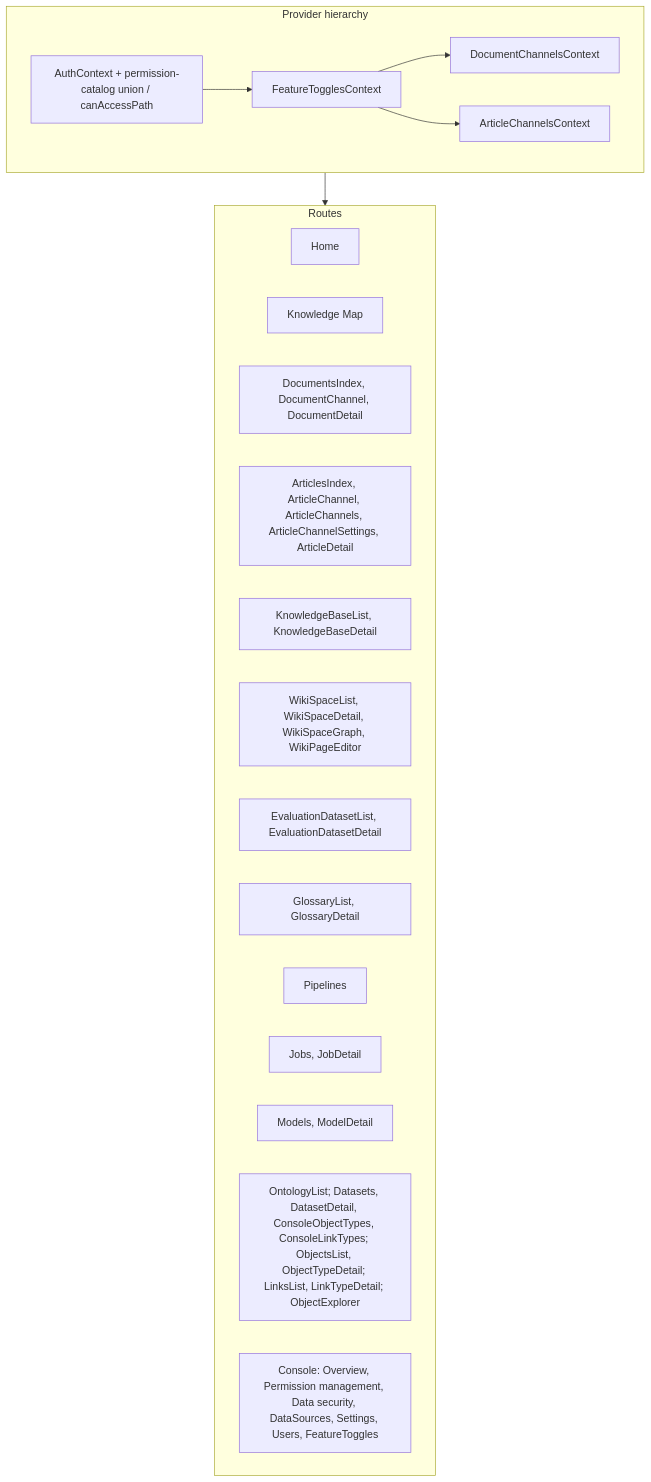
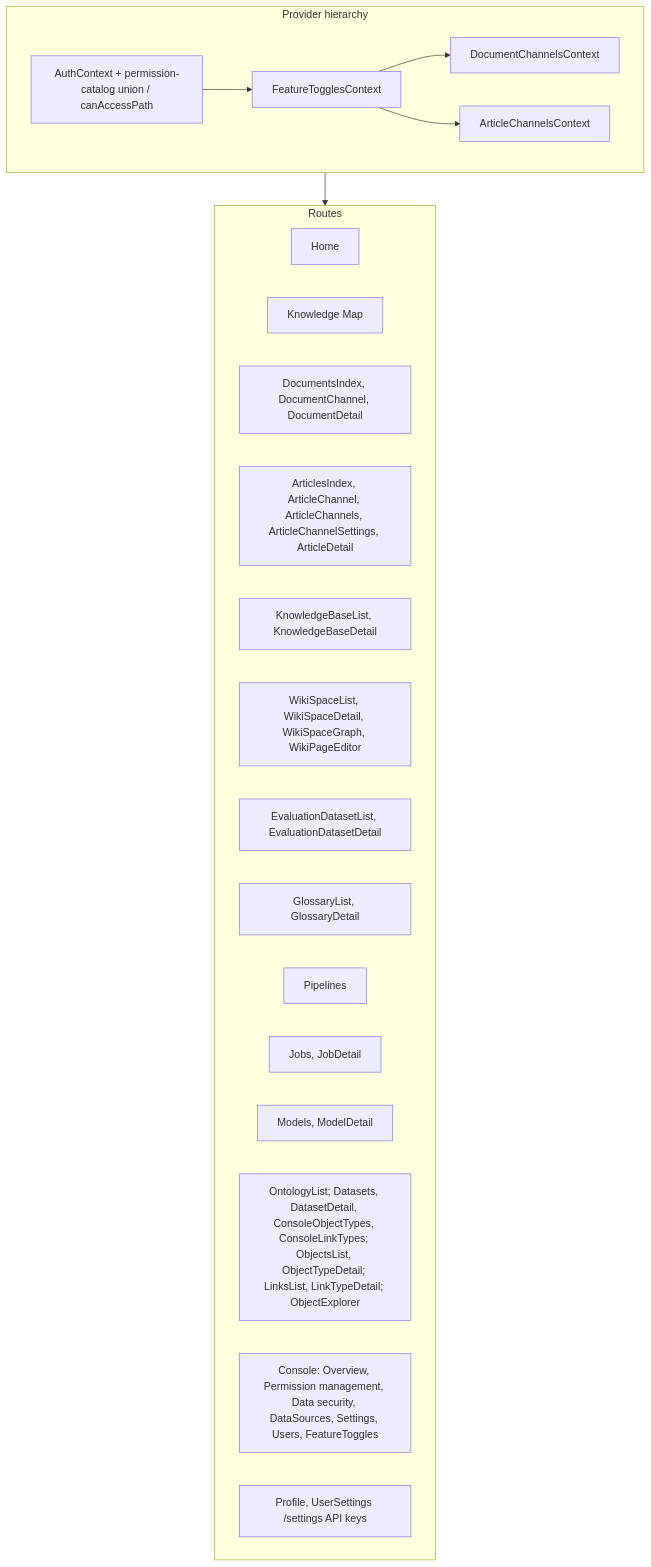
One commit to yingrui/openKMS changed the second of 5 diagrams in docs/architecture.md. Above: the diagram before and after it, drawn with Mermaid. The commit also changed other lines of this file and 4 other files, not shown here.

Commit message:
Document openkms-skill in architecture and entry docs

````diff
--- a/docs/architecture.md
+++ b/docs/architecture.md
@@ -63,30 +63,31 @@
 ```mermaid
 flowchart TB
   subgraph Providers["Provider hierarchy"]
     Auth[AuthContext + permission-catalog union / canAccessPath]
     FT[FeatureTogglesContext]
     DC[DocumentChannelsContext]
     AC[ArticleChannelsContext]
     Auth --> FT
     FT --> DC
     FT --> AC
   end
 
   subgraph Pages["Routes"]
     Home[Home]
     KnowledgeMapPage[Knowledge Map]
     Docs[DocumentsIndex, DocumentChannel, DocumentDetail]
     Articles[ArticlesIndex, ArticleChannel, ArticleChannels, ArticleChannelSettings, ArticleDetail]
     KB[KnowledgeBaseList, KnowledgeBaseDetail]
     Wiki[WikiSpaceList, WikiSpaceDetail, WikiSpaceGraph, WikiPageEditor]
     Eval[EvaluationDatasetList, EvaluationDatasetDetail]
     Glossaries[GlossaryList, GlossaryDetail]
     Pipelines[Pipelines]
     Jobs[Jobs, JobDetail]
     Models[Models, ModelDetail]
     Ontology[OntologyList; Datasets, DatasetDetail, ConsoleObjectTypes, ConsoleLinkTypes; ObjectsList, ObjectTypeDetail; LinksList, LinkTypeDetail; ObjectExplorer]
     Console[Console: Overview, Permission management, Data security, DataSources, Settings, Users, FeatureToggles]
+    UserSettings[Profile, UserSettings /settings API keys]
   end
 
   Providers --> Pages
 ```
````
